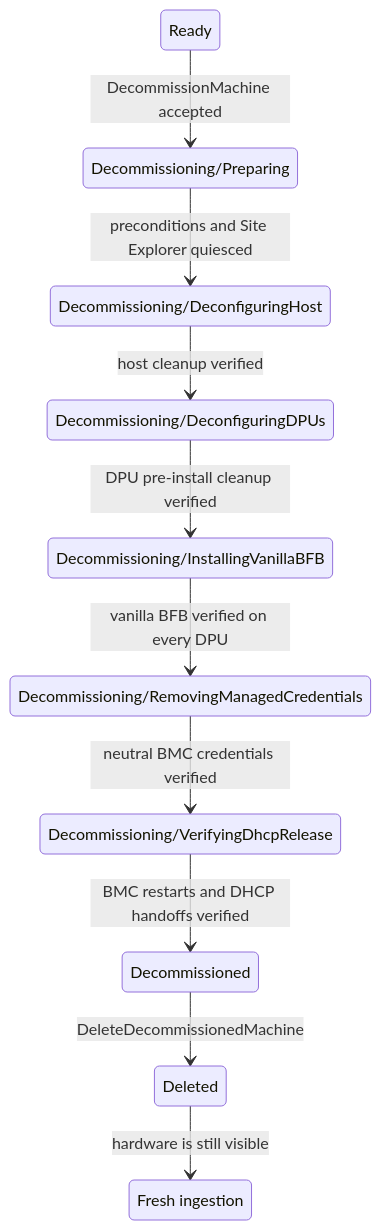
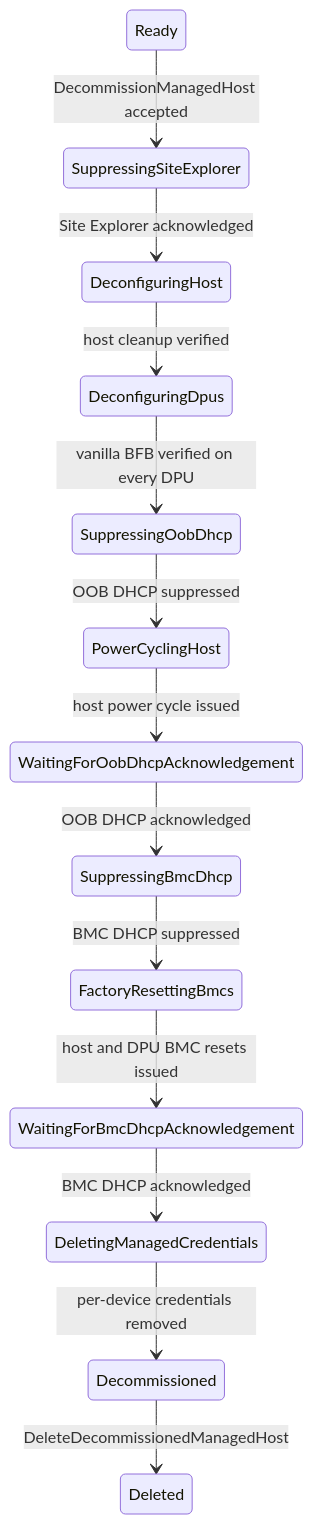
Before and after one commit to NVIDIA/bare-metal-manager-core: the diagram in docs/design/decommissioning/managed-host-decommissioning.md, drawn with Mermaid. The commit also changed other lines of this file and 4 other files, not shown here.

````diff
--- a/docs/design/decommissioning/managed-host-decommissioning.md
+++ b/docs/design/decommissioning/managed-host-decommissioning.md
@@ -89,23 +105,29 @@
 ```mermaid
 stateDiagram-v2
     state "Ready" as Ready
-    state "Decommissioning/Preparing" as Preparing
-    state "Decommissioning/DeconfiguringHost" as DeconfiguringHost
-    state "Decommissioning/DeconfiguringDPUs" as DeconfiguringDPUs
-    state "Decommissioning/InstallingVanillaBFB" as InstallingVanillaBFB
-    state "Decommissioning/RemovingManagedCredentials" as RemovingCredentials
-    state "Decommissioning/VerifyingDhcpRelease" as VerifyingDhcpRelease
+    state "SuppressingSiteExplorer" as SuppressSE
+    state "DeconfiguringHost" as DeconfigHost
+    state "DeconfiguringDpus" as DeconfigDpus
+    state "SuppressingOobDhcp" as SuppressOob
+    state "PowerCyclingHost" as PowerCycle
+    state "WaitingForOobDhcpAcknowledgement" as WaitOob
+    state "SuppressingBmcDhcp" as SuppressBmc
+    state "FactoryResettingBmcs" as FactoryReset
+    state "WaitingForBmcDhcpAcknowledgement" as WaitBmc
+    state "DeletingManagedCredentials" as DeleteCreds
     state "Decommissioned" as Decommissioned
     state "Deleted" as Deleted
-    state "Fresh ingestion" as FreshIngestion
 
-    Ready --> Preparing : DecommissionMachine accepted
-    Preparing --> DeconfiguringHost : preconditions and Site Explorer quiesced
-    DeconfiguringHost --> DeconfiguringDPUs : host cleanup verified
-    DeconfiguringDPUs --> InstallingVanillaBFB : DPU pre-install cleanup verified
-    InstallingVanillaBFB --> RemovingCredentials : vanilla BFB verified on every DPU
-    RemovingCredentials --> VerifyingDhcpRelease : neutral BMC credentials verified
-    VerifyingDhcpRelease --> Decommissioned : BMC restarts and DHCP handoffs verified
-    Decommissioned --> Deleted : DeleteDecommissionedMachine
-    Deleted --> FreshIngestion : hardware is still visible
+    Ready --> SuppressSE : DecommissionManagedHost accepted
+    SuppressSE --> DeconfigHost : Site Explorer acknowledged
+    DeconfigHost --> DeconfigDpus : host cleanup verified
+    DeconfigDpus --> SuppressOob : vanilla BFB verified on every DPU
+    SuppressOob --> PowerCycle : OOB DHCP suppressed
+    PowerCycle --> WaitOob : host power cycle issued
+    WaitOob --> SuppressBmc : OOB DHCP acknowledged
+    SuppressBmc --> FactoryReset : BMC DHCP suppressed
+    FactoryReset --> WaitBmc : host and DPU BMC resets issued
+    WaitBmc --> DeleteCreds : BMC DHCP acknowledged
+    DeleteCreds --> Decommissioned : per-device credentials removed
+    Decommissioned --> Deleted : DeleteDecommissionedManagedHost
 ```
````
